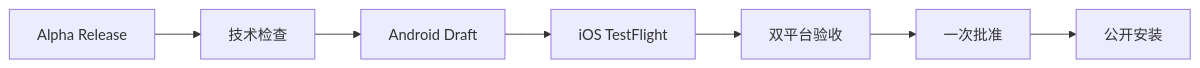
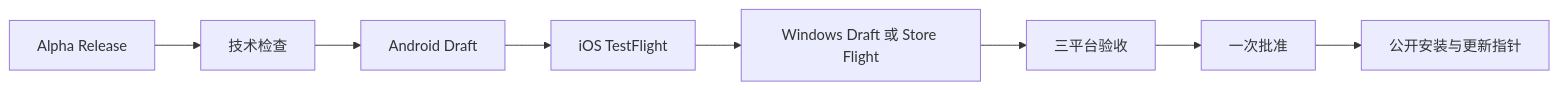
One commit to zhangheng2022/meet_trace changed the diagram in docs/project/GitHub_版本发布流程.md. Above: the diagram before and after it, drawn with Mermaid. The commit also changed other lines of this file and 12 other files, not shown here.

````diff
--- a/docs/project/GitHub_版本发布流程.md
+++ b/docs/project/GitHub_版本发布流程.md
@@ -18,9 +20,10 @@
 ```mermaid
 flowchart LR
   A[Alpha Release] --> B[技术检查]
   B --> C[Android Draft]
   C --> D[iOS TestFlight]
-  D --> E[双平台验收]
-  E --> F[一次批准]
-  F --> G[公开安装]
+  D --> E[Windows Draft 或 Store Flight]
+  E --> F[三平台验收]
+  F --> G[一次批准]
+  G --> H[公开安装与更新指针]
 ```
````
